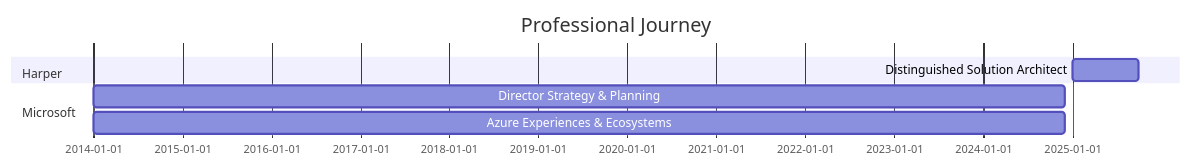
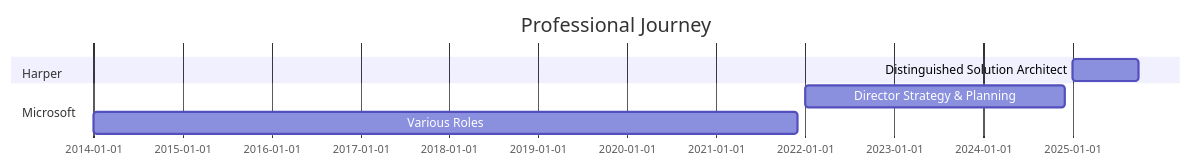
One commit to irjudson/irjudson changed the diagram in README.md. Above: the diagram before and after it, drawn with Mermaid. The commit also changed other lines of this file, not shown here.

````diff
--- a/README.md
+++ b/README.md
@@ -129,10 +98,10 @@
 ```mermaid
 gantt
     title Professional Journey
     dateFormat  YYYY-MM
     section Harper
     Distinguished Solution Architect    :2025-01, 2025-10
     section Microsoft
-    Director Strategy & Planning        :2014-01, 2024-12
-    Azure Experiences & Ecosystems      :2014-01, 2024-12
+    Director Strategy & Planning        :2022-01, 2024-12
+    Various Roles                       :2014-01, 2021-12
 ```
````
